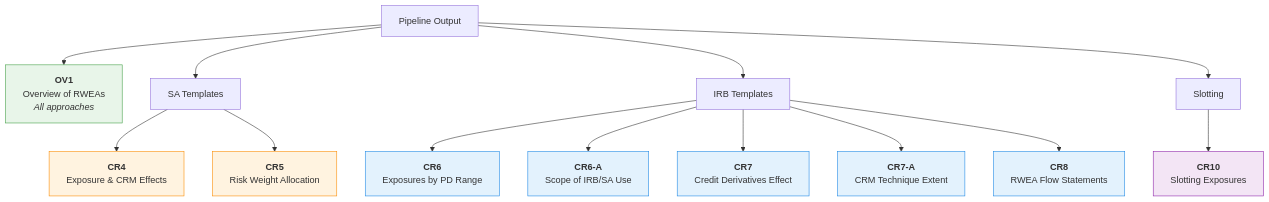
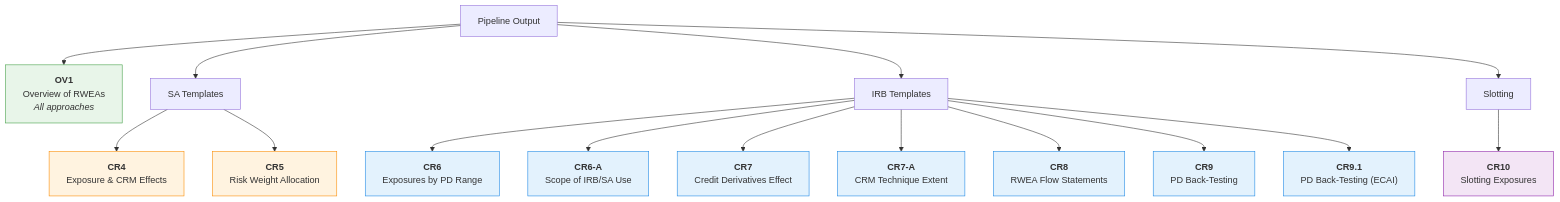
One commit to OpenAfterHours/rwa_calculator changed the diagram in docs/features/pillar3-disclosures.md. Above: the diagram before and after it, drawn with Mermaid. The commit also changed other lines of this file and 5 other files, not shown here.

````diff
--- a/docs/features/pillar3-disclosures.md
+++ b/docs/features/pillar3-disclosures.md
@@ -31,28 +31,32 @@
 ```mermaid
 flowchart TD
     P["Pipeline Output"] --> OV1["<b>OV1</b><br/>Overview of RWEAs<br/><i>All approaches</i>"]
 
     P --> SA["SA Templates"]
     SA --> CR4["<b>CR4</b><br/>Exposure & CRM Effects"]
     SA --> CR5["<b>CR5</b><br/>Risk Weight Allocation"]
 
     P --> IRB["IRB Templates"]
     IRB --> CR6["<b>CR6</b><br/>Exposures by PD Range"]
     IRB --> CR6A["<b>CR6-A</b><br/>Scope of IRB/SA Use"]
     IRB --> CR7["<b>CR7</b><br/>Credit Derivatives Effect"]
     IRB --> CR7A["<b>CR7-A</b><br/>CRM Technique Extent"]
     IRB --> CR8["<b>CR8</b><br/>RWEA Flow Statements"]
+    IRB --> CR9["<b>CR9</b><br/>PD Back-Testing"]
+    IRB --> CR9_1["<b>CR9.1</b><br/>PD Back-Testing (ECAI)"]
 
     P --> SL["Slotting"]
     SL --> CR10["<b>CR10</b><br/>Slotting Exposures"]
 
     style OV1 fill:#e8f5e9,stroke:#43a047
     style CR4 fill:#fff3e0,stroke:#fb8c00
     style CR5 fill:#fff3e0,stroke:#fb8c00
     style CR6 fill:#e3f2fd,stroke:#1e88e5
     style CR6A fill:#e3f2fd,stroke:#1e88e5
     style CR7 fill:#e3f2fd,stroke:#1e88e5
     style CR7A fill:#e3f2fd,stroke:#1e88e5
     style CR8 fill:#e3f2fd,stroke:#1e88e5
+    style CR9 fill:#e3f2fd,stroke:#1e88e5
+    style CR9_1 fill:#e3f2fd,stroke:#1e88e5
     style CR10 fill:#f3e5f5,stroke:#8e24aa
 ```
````
